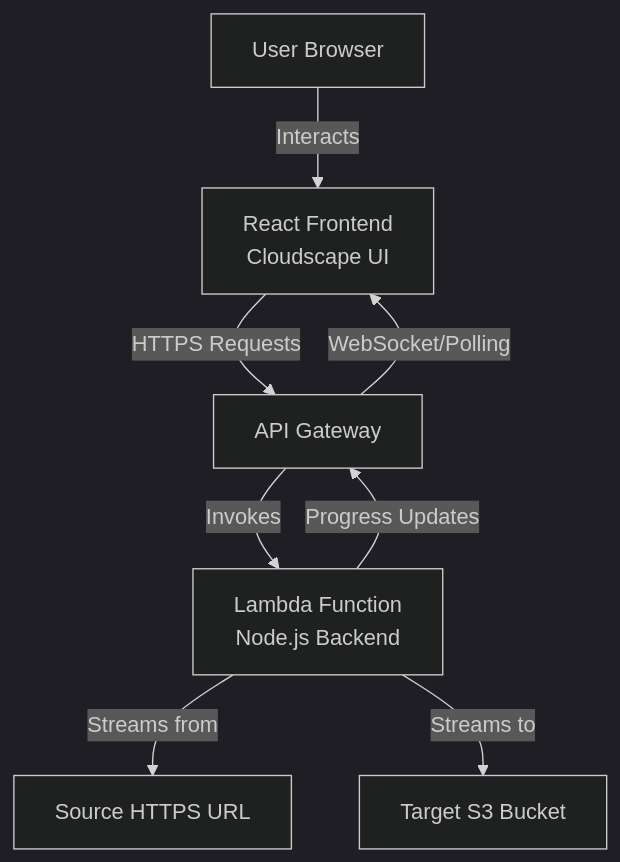
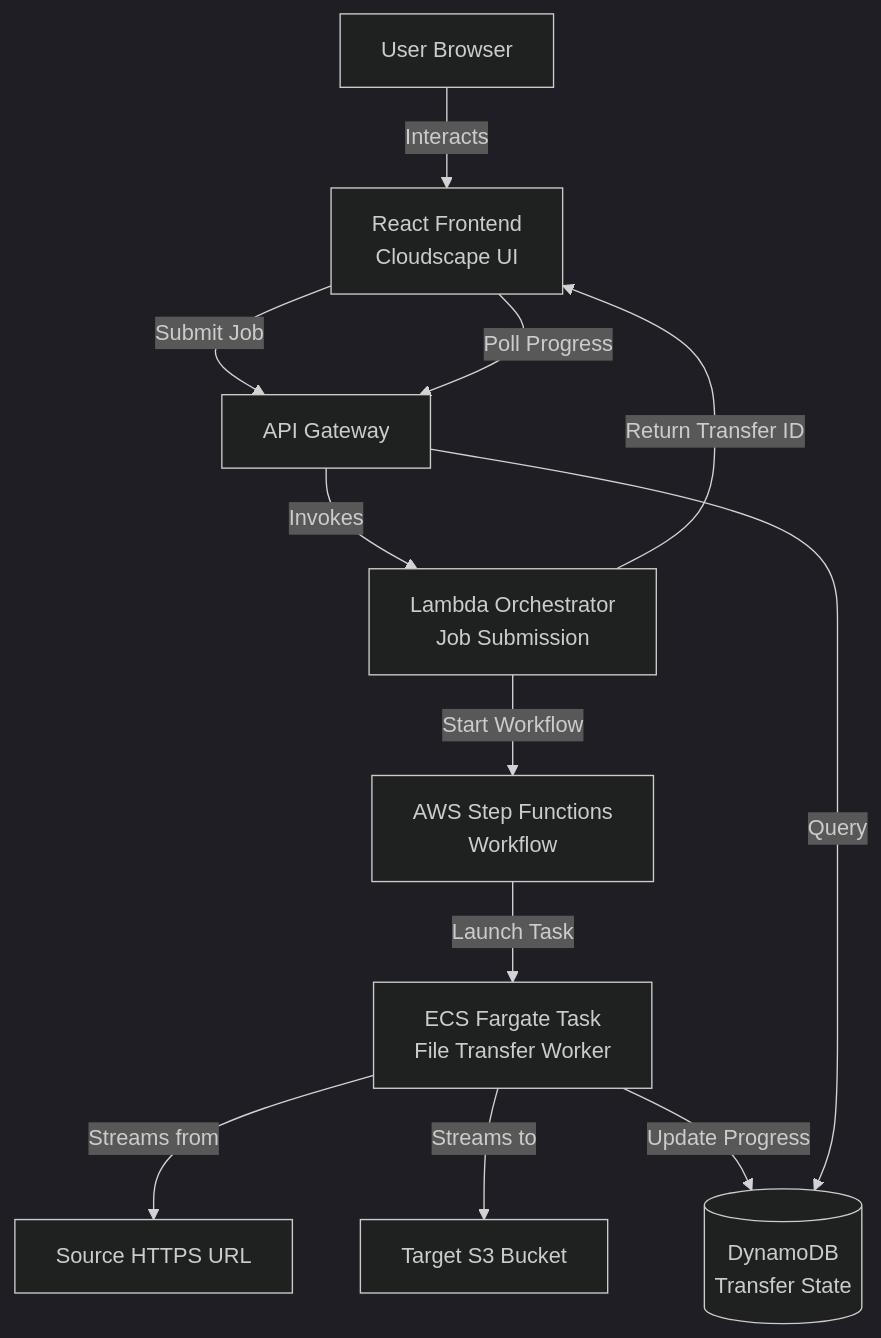
Before and after one commit to mzptto/LargeFiles-S3: the diagram in .kiro/specs/s3-zip-downloader/design.md, drawn with Mermaid (dark theme). The commit also changed other lines of this file and 64 other files, not shown here.

````diff
--- a/.kiro/specs/s3-zip-downloader/design.md
+++ b/.kiro/specs/s3-zip-downloader/design.md
@@ -13,17 +13,24 @@
 ```mermaid
 graph TB
     User[User Browser]
     Frontend[React Frontend<br/>Cloudscape UI]
     API[API Gateway]
-    Lambda[Lambda Function<br/>Node.js Backend]
+    Orchestrator[Lambda Orchestrator<br/>Job Submission]
+    StepFunctions[AWS Step Functions<br/>Workflow]
+    Fargate[ECS Fargate Task<br/>File Transfer Worker]
+    DynamoDB[(DynamoDB<br/>Transfer State)]
     S3Target[Target S3 Bucket]
     SourceURL[Source HTTPS URL]
     
     User -->|Interacts| Frontend
-    Frontend -->|HTTPS Requests| API
-    API -->|Invokes| Lambda
-    Lambda -->|Streams from| SourceURL
-    Lambda -->|Streams to| S3Target
-    Lambda -->|Progress Updates| API
-    API -->|WebSocket/Polling| Frontend
+    Frontend -->|Submit Job| API
+    API -->|Invokes| Orchestrator
+    Orchestrator -->|Start Workflow| StepFunctions
+    Orchestrator -->|Return Transfer ID| Frontend
+    StepFunctions -->|Launch Task| Fargate
+    Fargate -->|Streams from| SourceURL
+    Fargate -->|Streams to| S3Target
+    Fargate -->|Update Progress| DynamoDB
+    Frontend -->|Poll Progress| API
+    API -->|Query| DynamoDB
 ```
````
